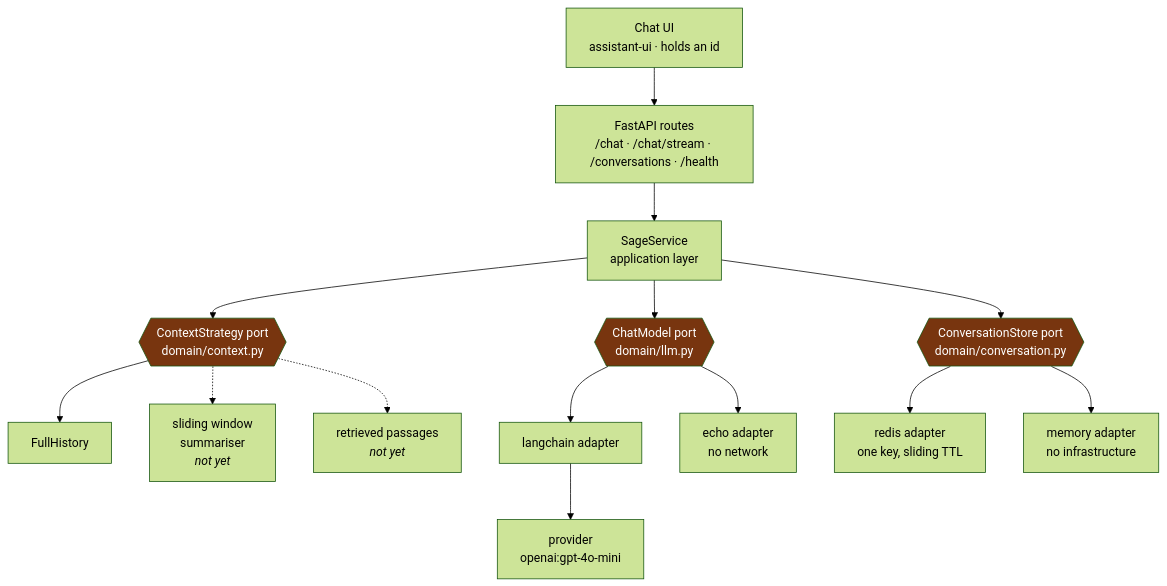
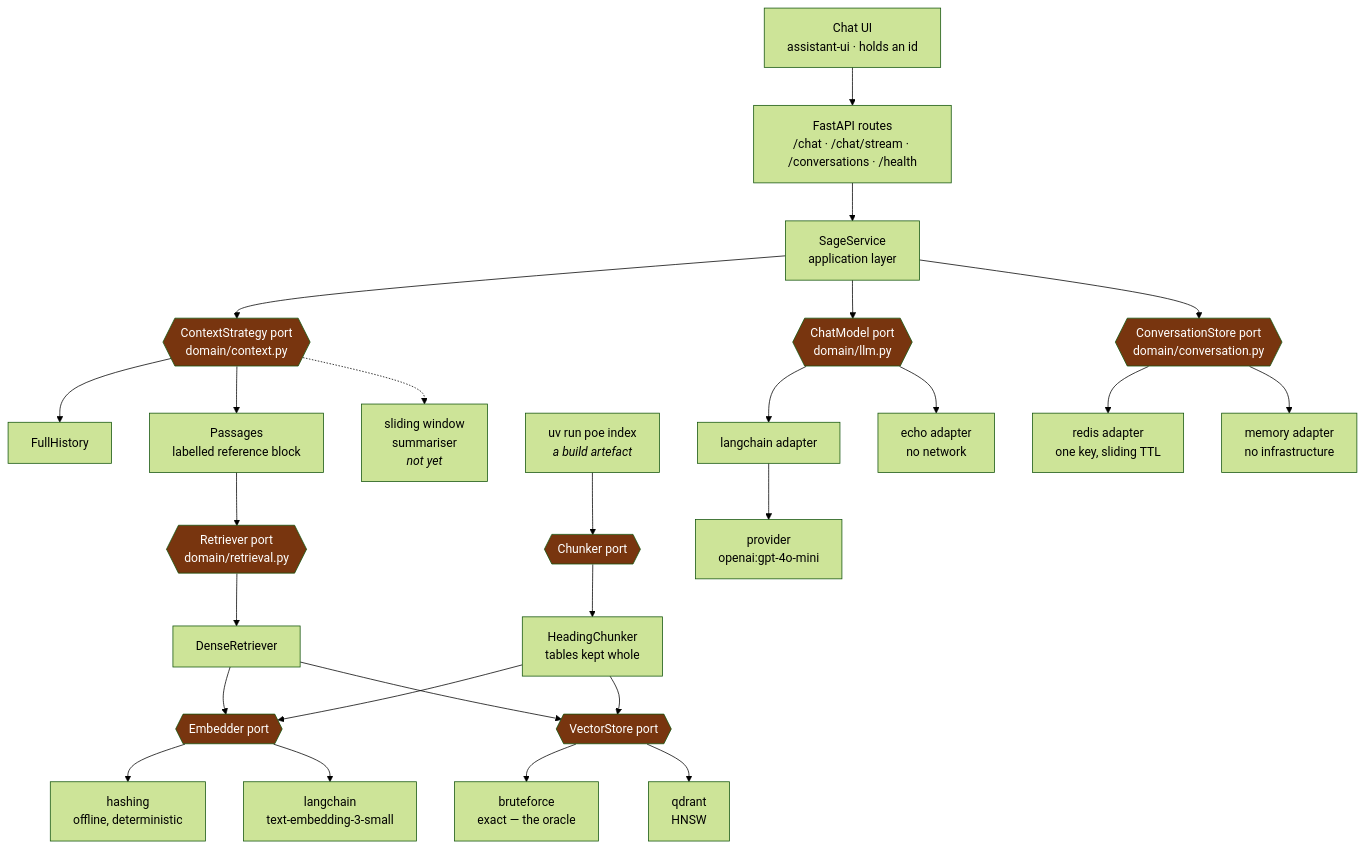
One commit to awaisshahid965/sage changed the diagram in README.md. Above: the diagram before and after it, drawn with Mermaid (forest theme). The commit also changed other lines of this file, not shown here.

Commit message:
docs: bring the README up to date with retrieval

````diff
--- a/README.md
+++ b/README.md
@@ -28,23 +29,43 @@
 ```mermaid
 flowchart TB
     UI["Chat UI<br/>assistant-ui · holds an id"] --> API["FastAPI routes<br/>/chat · /chat/stream · /conversations · /health"]
     API --> SVC["SageService<br/>application layer"]
 
     SVC --> CTX{{"ContextStrategy port<br/>domain/context.py"}}
     CTX --> FH["FullHistory"]
+    CTX --> PS["Passages<br/>labelled reference block"]
     CTX -.-> SW["sliding window<br/>summariser<br/><i>not yet</i>"]
-    CTX -.-> RP["retrieved passages<br/><i>not yet</i>"]
+
+    PS --> RET{{"Retriever port<br/>domain/retrieval.py"}}
+    RET --> DR["DenseRetriever"]
+
+    IDX["uv run poe index<br/><i>a build artefact</i>"] --> CHK{{"Chunker port"}}
+    CHK --> HC["HeadingChunker<br/>tables kept whole"]
+
+    DR --> EMB{{"Embedder port"}}
+    HC --> EMB
+    EMB --> EH["hashing<br/>offline, deterministic"]
+    EMB --> EL["langchain<br/>text-embedding-3-small"]
+
+    DR --> VS{{"VectorStore port"}}
+    HC --> VS
+    VS --> BF["bruteforce<br/>exact — the oracle"]
+    VS --> QD["qdrant<br/>HNSW"]
 
     SVC --> PORT{{"ChatModel port<br/>domain/llm.py"}}
     PORT --> LC["langchain adapter"]
     PORT --> EC["echo adapter<br/>no network"]
     LC --> P["provider<br/>openai:gpt-4o-mini"]
 
     SVC --> STORE{{"ConversationStore port<br/>domain/conversation.py"}}
     STORE --> RD["redis adapter<br/>one key, sliding TTL"]
     STORE --> MEM["memory adapter<br/>no infrastructure"]
 
     style PORT fill:#78350f,color:#fff
     style CTX fill:#78350f,color:#fff
     style STORE fill:#78350f,color:#fff
+    style RET fill:#78350f,color:#fff
+    style EMB fill:#78350f,color:#fff
+    style VS fill:#78350f,color:#fff
+    style CHK fill:#78350f,color:#fff
 ```
````
